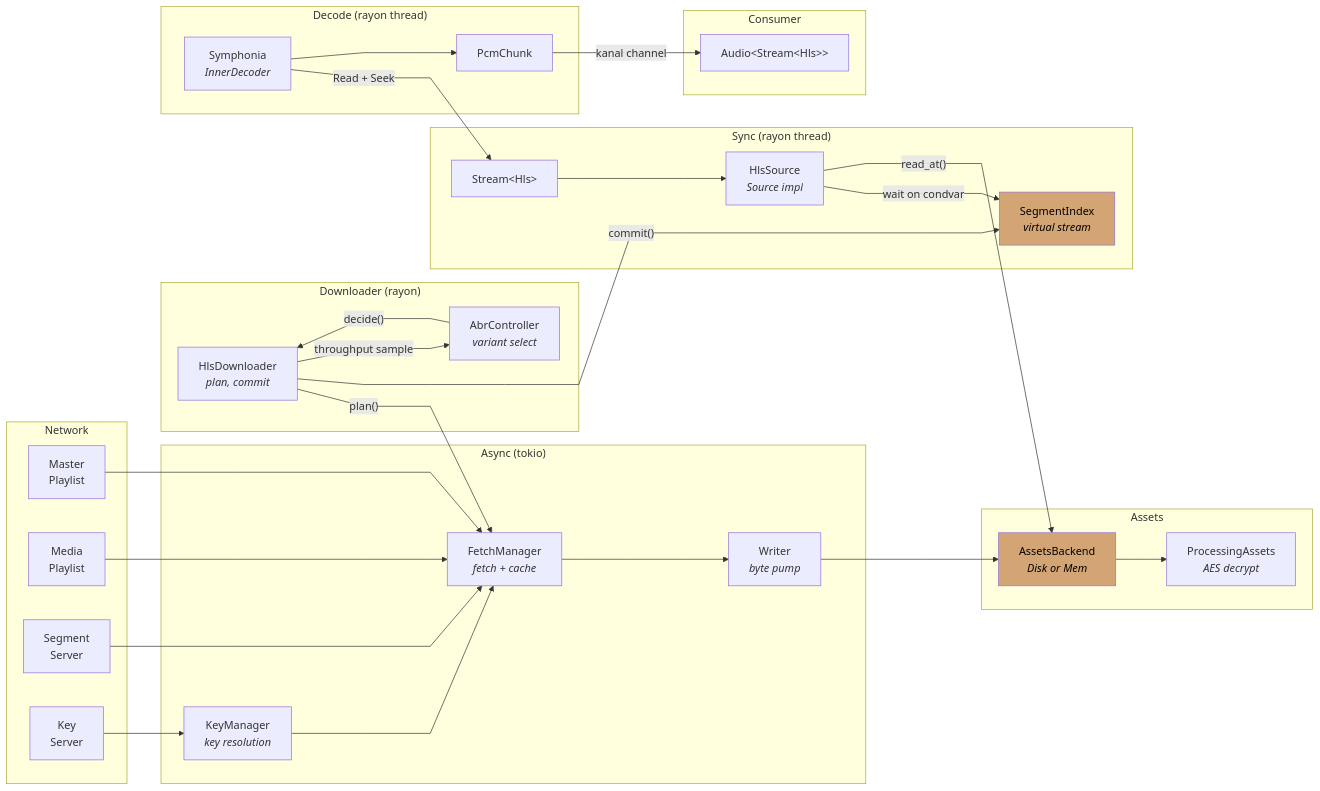
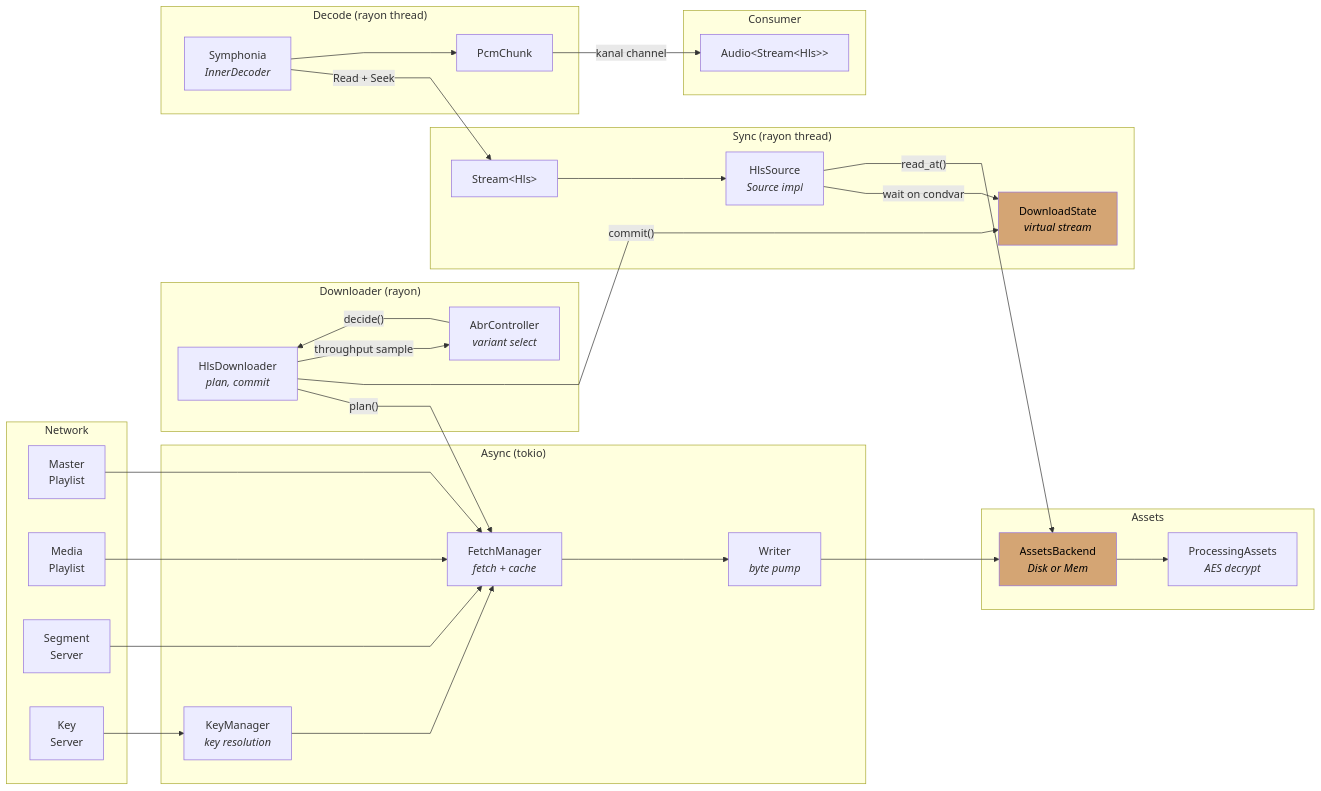
The first of 3 diagrams in crates/kithara-hls/README.md (zvuk/kithara), drawn with Mermaid before and after one commit. The commit also changed other lines of this file and 208 other files, not shown here.

````diff
--- a/crates/kithara-hls/README.md
+++ b/crates/kithara-hls/README.md
@@ -30,63 +30,63 @@
 ```mermaid
 %%{init: {"flowchart": {"curve": "linear"}} }%%
-graph LR
+flowchart LR
     subgraph Network
         MasterPL["Master<br/>Playlist"]
         MediaPL["Media<br/>Playlist"]
         SegSrv["Segment<br/>Server"]
         KeySrv["Key<br/>Server"]
     end
 
     subgraph "Async (tokio)"
         FM["FetchManager<br/><i>fetch + cache</i>"]
         KM["KeyManager<br/><i>key resolution</i>"]
         W["Writer<br/><i>byte pump</i>"]
     end
 
     subgraph "Downloader (rayon)"
         DL["HlsDownloader<br/><i>plan, commit</i>"]
         ABR["AbrController<br/><i>variant select</i>"]
     end
 
     subgraph "Assets"
         AB["AssetsBackend<br/><i>Disk or Mem</i>"]
         Proc["ProcessingAssets<br/><i>AES decrypt</i>"]
     end
 
     subgraph "Sync (rayon thread)"
         HS["HlsSource<br/><i>Source impl</i>"]
-        SI["SegmentIndex<br/><i>virtual stream</i>"]
+        SI["DownloadState<br/><i>virtual stream</i>"]
         StreamH["Stream&lt;Hls&gt;"]
     end
 
     subgraph "Decode (rayon thread)"
         Dec["Symphonia<br/><i>InnerDecoder</i>"]
         PCM2["PcmChunk"]
     end
 
     subgraph "Consumer"
         Audio2["Audio&lt;Stream&lt;Hls&gt;&gt;"]
     end
 
     MasterPL --> FM
     MediaPL --> FM
     SegSrv --> FM
     KeySrv --> KM
     KM --> FM
     FM --> W
     W --> AB
     AB --> Proc
     DL -- "plan()" --> FM
     DL -- "commit()" --> SI
     ABR -- "decide()" --> DL
     DL -- "throughput sample" --> ABR
     HS -- "wait on condvar" --> SI
     HS -- "read_at()" --> AB
     StreamH --> HS
     Dec -- "Read + Seek" --> StreamH
     Dec --> PCM2
     PCM2 -- "kanal channel" --> Audio2
 
     style SI fill:#d4a574,color:#000
     style AB fill:#d4a574,color:#000
 ```
````
